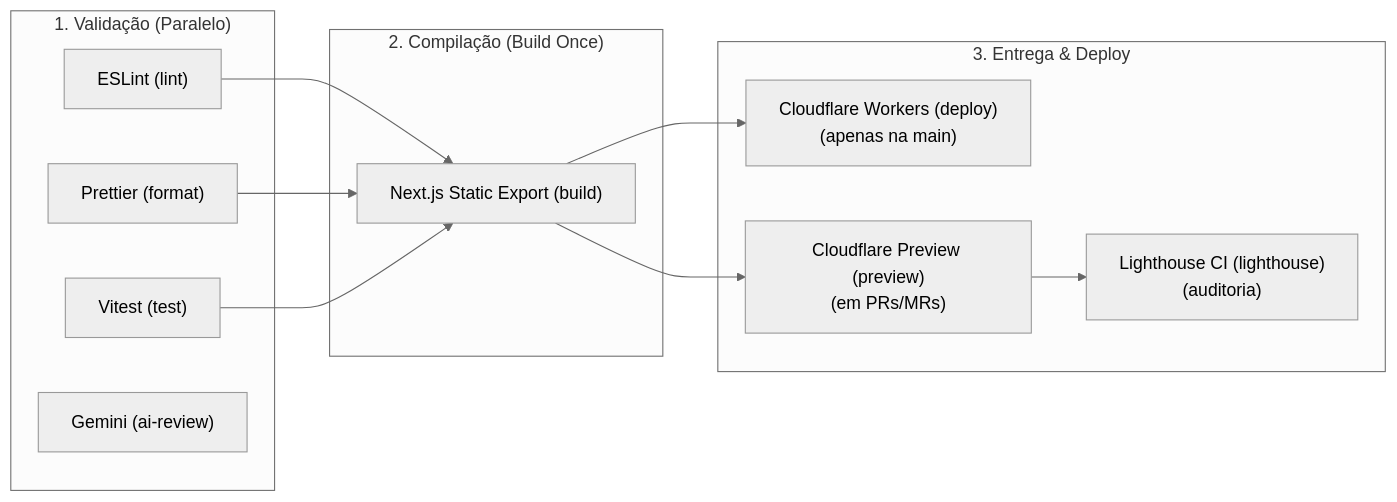
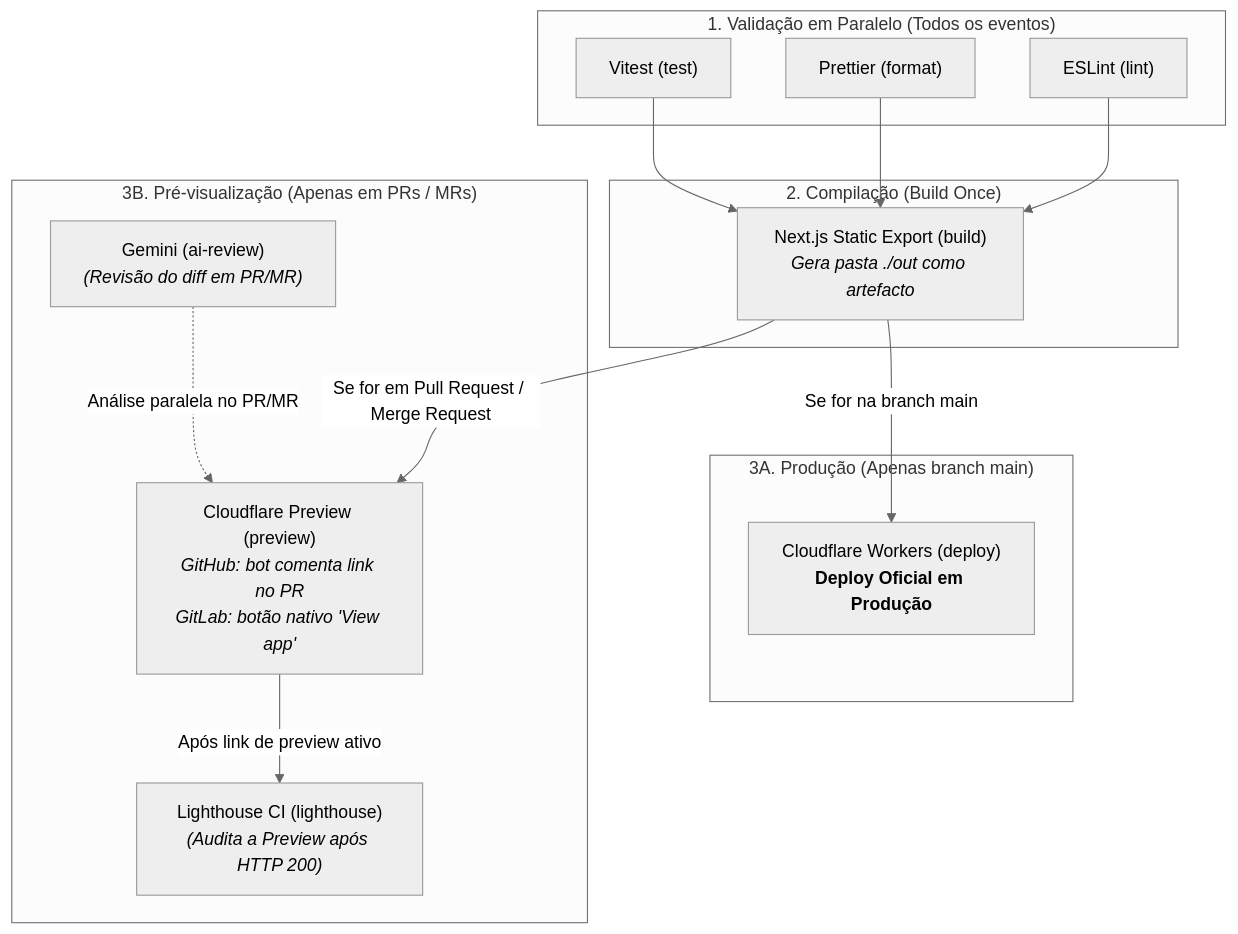
Before and after one commit to CarlT09/tdw-mp1-carlos-teixeira: the diagram in REPORT.md, drawn with Mermaid (neutral theme). The commit also changed other lines of this file and 4 other files, not shown here.

Commit message:
docs: add REPORT.docx with embedded diagram and detail main vs preview behavior

````diff
--- a/REPORT.md
+++ b/REPORT.md
@@ -33,26 +33,31 @@
 ```mermaid
-flowchart LR
-    subgraph Validacao ["1. Validação (Paralelo)"]
+flowchart TD
+    subgraph S1 ["1. Validação em Paralelo (Todos os eventos)"]
         lint["ESLint (lint)"]
         format["Prettier (format)"]
         test["Vitest (test)"]
-        ai["Gemini (ai-review)"]
     end
 
-    subgraph Compilacao ["2. Compilação (Build Once)"]
-        build["Next.js Static Export (build)"]
+    subgraph S2 ["2. Compilação (Build Once)"]
+        build["Next.js Static Export (build)<br/><i>Gera pasta ./out como artefacto</i>"]
     end
 
-    subgraph Entrega ["3. Entrega & Deploy"]
-        deploy["Cloudflare Workers (deploy)<br/>(apenas na main)"]
-        preview["Cloudflare Preview (preview)<br/>(em PRs/MRs)"]
-        lh["Lighthouse CI (lighthouse)<br/>(auditoria)"]
+    subgraph S3_Main ["3A. Produção (Apenas branch main)"]
+        deploy["Cloudflare Workers (deploy)<br/><b>Deploy Oficial em Produção</b>"]
+    end
+
+    subgraph S3_PR ["3B. Pré-visualização (Apenas em PRs / MRs)"]
+        ai["Gemini (ai-review)<br/><i>(Revisão do diff em PR/MR)</i>"]
+        preview["Cloudflare Preview (preview)<br/><i>GitHub: bot comenta link no PR<br/>GitLab: botão nativo 'View app'</i>"]
+        lh["Lighthouse CI (lighthouse)<br/><i>(Audita a Preview após HTTP 200)</i>"]
     end
 
     lint --> build
     format --> build
     test --> build
-    build --> deploy
-    build --> preview
-    preview --> lh
+
+    build -->|Se for na branch main| deploy
+    build -->|Se for em Pull Request / Merge Request| preview
+    preview -->|Após link de preview ativo| lh
+    ai -.->|Análise paralela no PR/MR| preview
 ```
````
